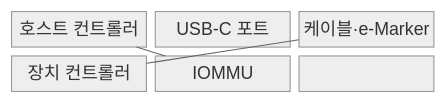
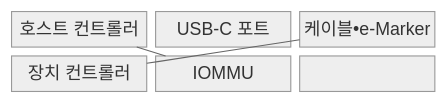
Before and after one commit to agnusdei1207/knowledge-base: the first of 2 diagrams in src/content/docs/notes/02-hardware/088_high_speed_serial_interface.md, drawn with Mermaid (neutral theme). The commit also changed other lines of this file and 953 other files, not shown here.

````diff
--- a/src/content/docs/notes/02-hardware/088_high_speed_serial_interface.md
+++ b/src/content/docs/notes/02-hardware/088_high_speed_serial_interface.md
@@ -65,12 +65,12 @@
 ```mermaid
 block
   columns 3
   H["호스트 컨트롤러"]
   P["USB-C 포트"]
-  C["케이블·e-Marker"]
+  C["케이블•e-Marker"]
   D["장치 컨트롤러"]
   I["IOMMU"]
   H --- P --- C
   C --- D
   H --- I
 ```
````
